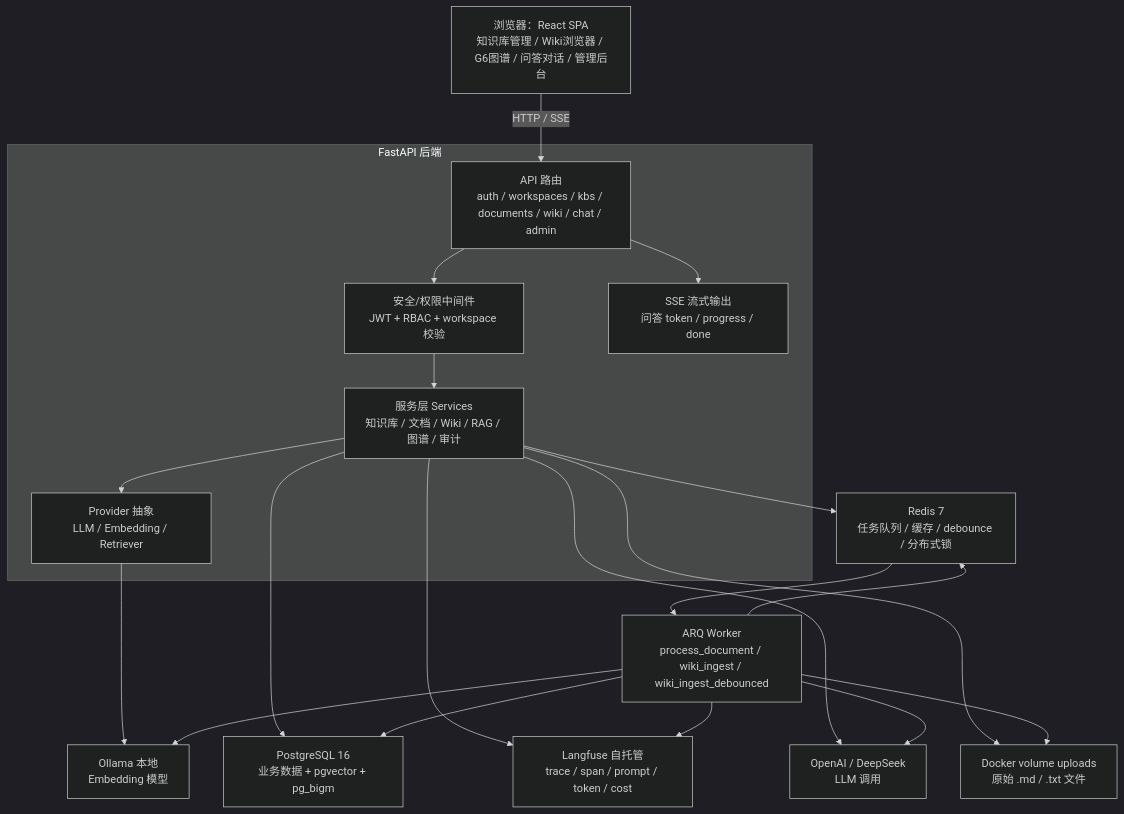
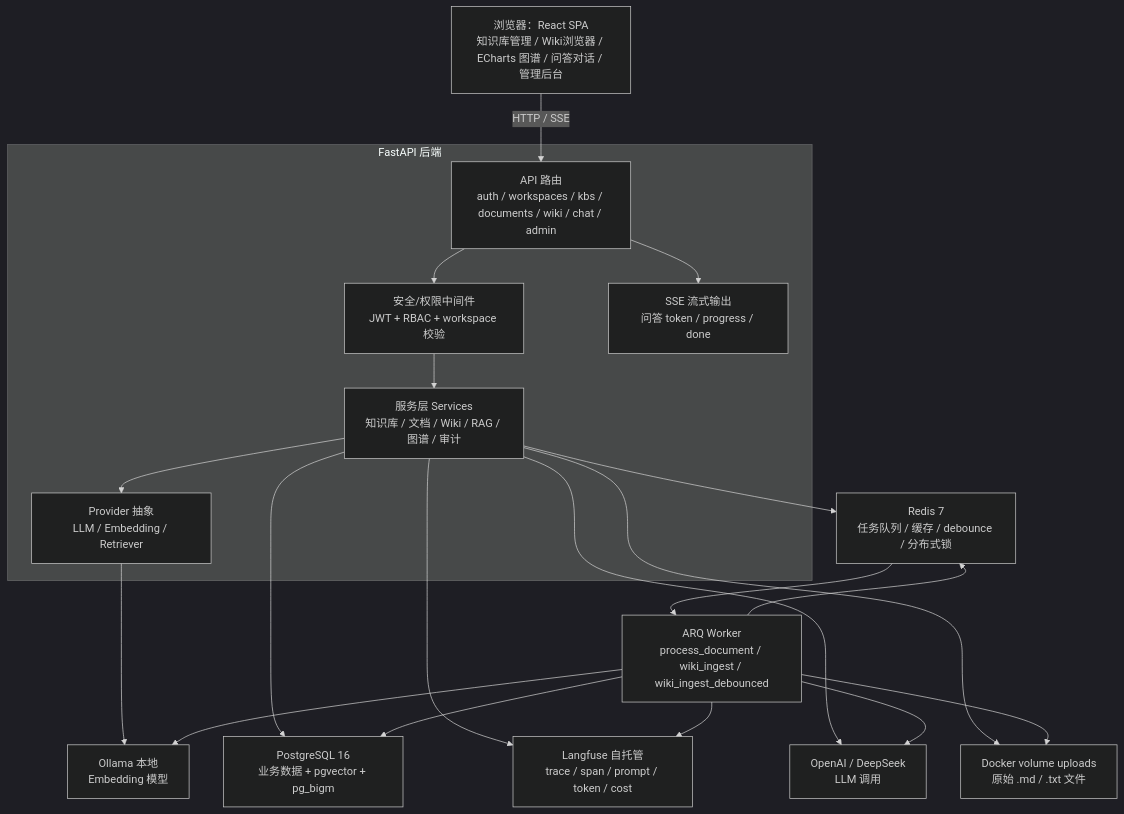
Before and after one commit to Quashy/OpenWiki: the first of 8 diagrams in docs/architecture.md, drawn with Mermaid (dark theme). The commit also changed other lines of this file and 3 other files, not shown here.

````diff
--- a/docs/architecture.md
+++ b/docs/architecture.md
@@ -43,39 +43,39 @@
 ```mermaid
 flowchart TB
-    browser["浏览器：React SPA<br/>知识库管理 / Wiki浏览器 / G6图谱 / 问答对话 / 管理后台"]
+    browser["浏览器：React SPA<br/>知识库管理 / Wiki浏览器 / ECharts 图谱 / 问答对话 / 管理后台"]
 
     subgraph backend["FastAPI 后端"]
         api["API 路由<br/>auth / workspaces / kbs / documents / wiki / chat / admin"]
         auth["安全/权限中间件<br/>JWT + RBAC + workspace 校验"]
         services["服务层 Services<br/>知识库 / 文档 / Wiki / RAG / 图谱 / 审计"]
         providers["Provider 抽象<br/>LLM / Embedding / Retriever"]
         sse["SSE 流式输出<br/>问答 token / progress / done"]
     end
 
     worker["ARQ Worker<br/>process_document / wiki_ingest / wiki_ingest_debounced"]
     db["PostgreSQL 16<br/>业务数据 + pgvector + pg_bigm"]
     redis["Redis 7<br/>任务队列 / 缓存 / debounce / 分布式锁"]
     langfuse["Langfuse 自托管<br/>trace / span / prompt / token / cost"]
     ollama["Ollama 本地<br/>Embedding 模型"]
     llm["OpenAI / DeepSeek<br/>LLM 调用"]
     uploads["Docker volume uploads<br/>原始 .md / .txt 文件"]
 
     browser -->|"HTTP / SSE"| api
     api --> auth
     auth --> services
     services --> providers
     api --> sse
     services --> db
     services --> redis
     services --> langfuse
     services --> llm
     providers --> ollama
     services --> uploads
     redis --> worker
     worker --> db
     worker --> redis
     worker --> langfuse
     worker --> llm
     worker --> ollama
     worker --> uploads
 ```
````
